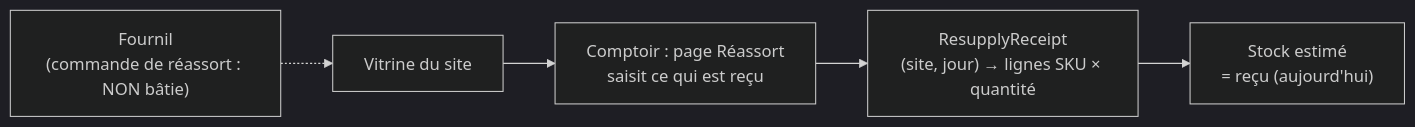
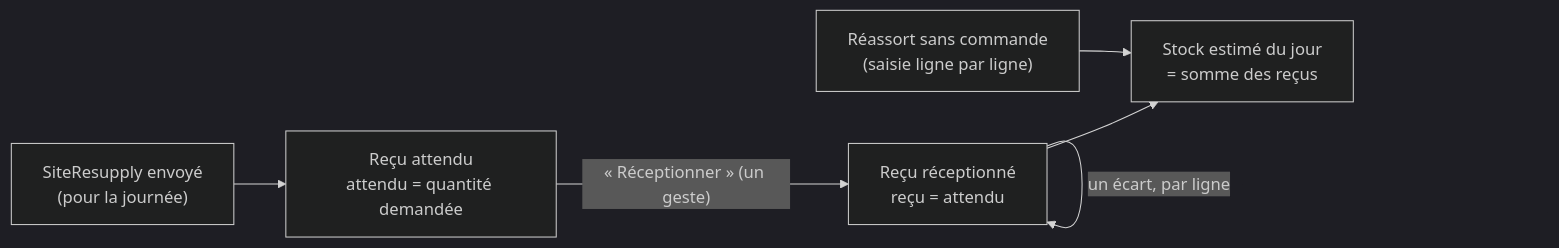
One commit to hugoheynard/lfd changed the fourth of 4 diagrams in documentation/reassort-boutiques/README.md. Above: the diagram before and after it, drawn with Mermaid (dark theme). The commit also changed other lines of this file and 47 other files, not shown here.

First line of the commit message:
feat(reassort): R2 — réceptionner un réassort en un geste

````diff
--- a/documentation/reassort-boutiques/README.md
+++ b/documentation/reassort-boutiques/README.md
@@ -182,7 +184,8 @@
 ```mermaid
 flowchart LR
-  F["Fournil<br/>(commande de réassort : NON bâtie)"] -.-> V["Vitrine du site"]
-  V --> C["Comptoir : page Réassort<br/>saisit ce qui est reçu"]
-  C --> R["ResupplyReceipt<br/>(site, jour) → lignes SKU × quantité"]
-  R --> S["Stock estimé<br/>= reçu (aujourd'hui)"]
+  S["SiteResupply envoyé<br/>(pour la journée)"] --> E["Reçu attendu<br/>attendu = quantité demandée"]
+  E -->|"« Réceptionner » (un geste)"| R["Reçu réceptionné<br/>reçu = attendu"]
+  R -->|"un écart, par ligne"| R
+  U["Réassort sans commande<br/>(saisie ligne par ligne)"] --> T
+  R --> T["Stock estimé du jour<br/>= somme des reçus"]
 ```
````
